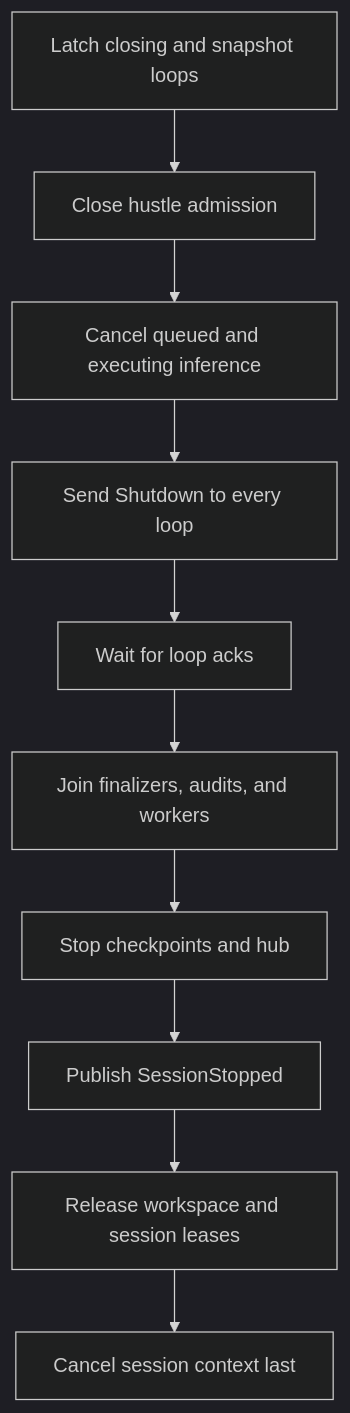
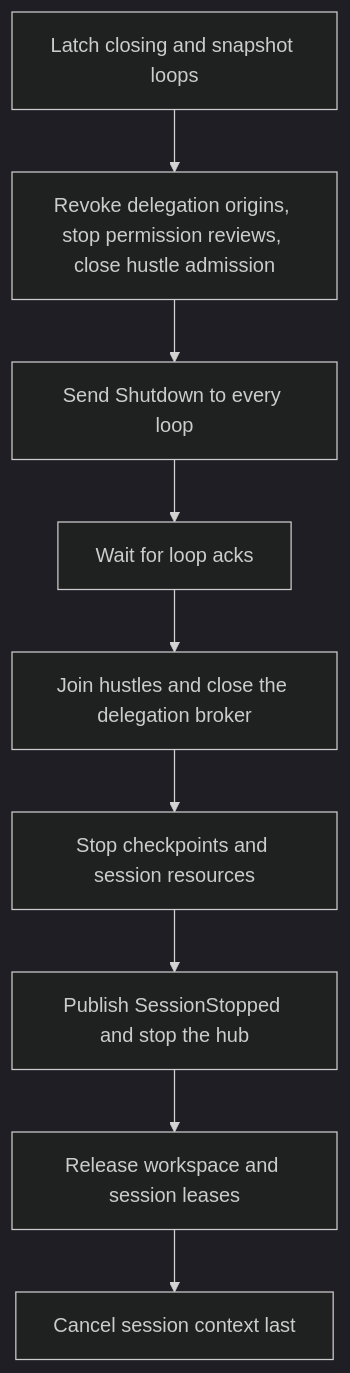
One commit to looprig/.github changed the diagram in docs/guides/harness/commands/shutdown.md. Above: the diagram before and after it, drawn with Mermaid. The commit also changed other lines of this file and 412 other files, not shown here.

````diff
--- a/docs/guides/harness/commands/shutdown.md
+++ b/docs/guides/harness/commands/shutdown.md
@@ -60,13 +60,12 @@
 ```mermaid
 %%{init: {"theme":"dark"}}%%
 flowchart TD
-    A[Latch closing and snapshot loops] --> B[Close hustle admission]
-    B --> C[Cancel queued and executing inference]
-    C --> D[Send Shutdown to every loop]
+    A[Latch closing and snapshot loops] --> B[Revoke delegation origins, stop permission reviews, close hustle admission]
+    B --> D[Send Shutdown to every loop]
     D --> E[Wait for loop acks]
-    E --> F[Join finalizers, audits, and workers]
-    F --> G[Stop checkpoints and hub]
-    G --> H[Publish SessionStopped]
+    E --> F[Join hustles and close the delegation broker]
+    F --> G[Stop checkpoints and session resources]
+    G --> H[Publish SessionStopped and stop the hub]
     H --> I[Release workspace and session leases]
     I --> J[Cancel session context last]
 ```
````
